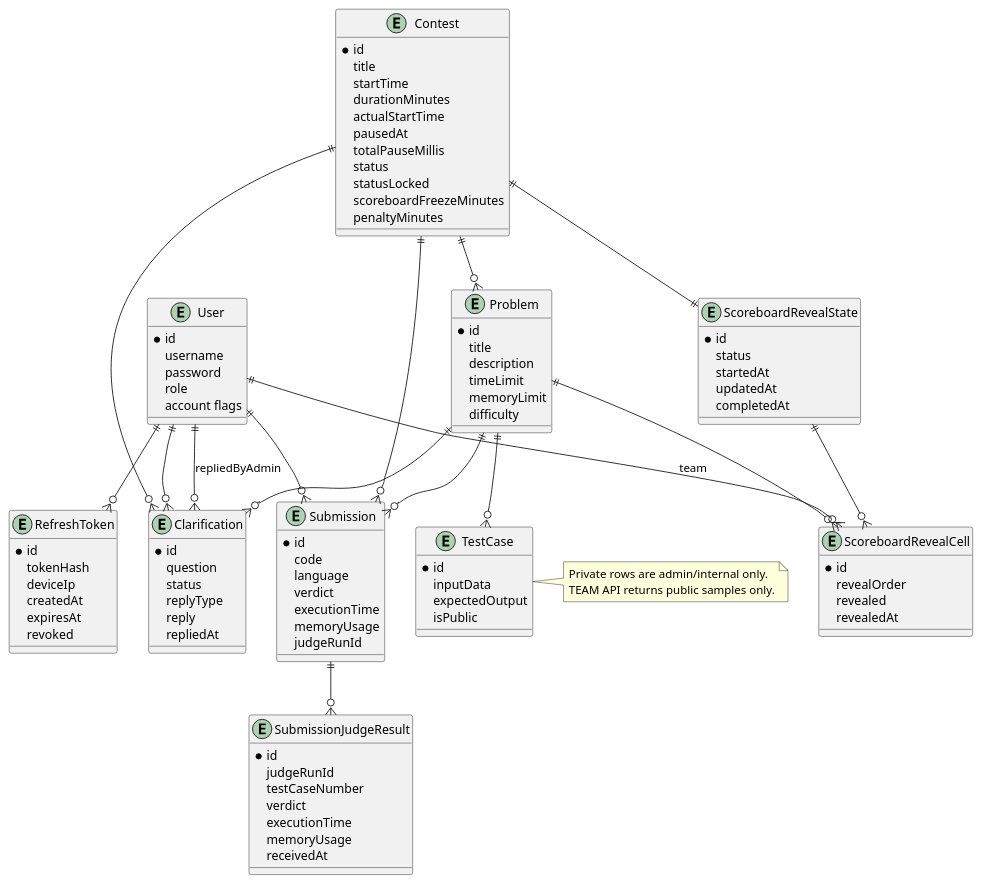
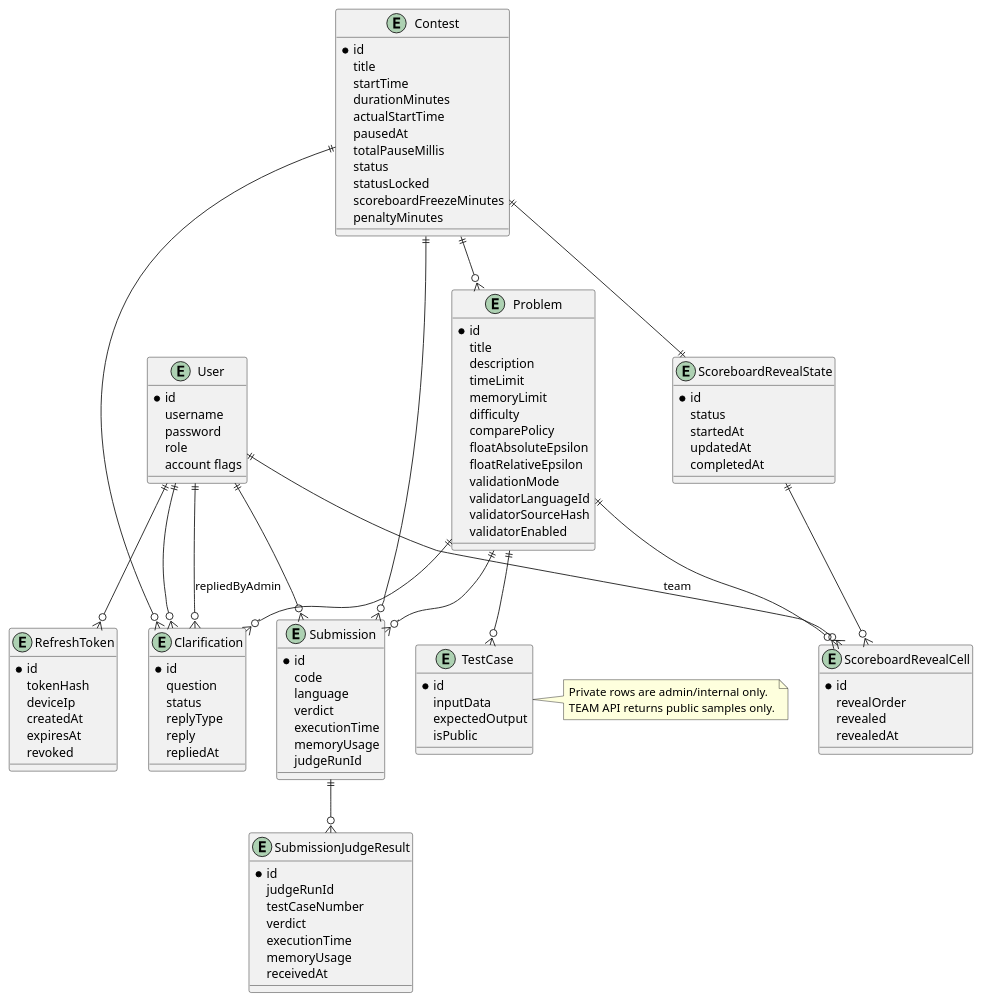
One commit to AuraC-graduate-project/AuraC2 changed diagram 15 of 17 in docs/report-rebuild/diagram-prompts.md. Above: the diagram before and after it, drawn with PlantUML. The commit also changed other lines of this file and 37 other files, not shown here.

```diff
--- a/docs/report-rebuild/diagram-prompts.md
+++ b/docs/report-rebuild/diagram-prompts.md
@@ -643,6 +676,13 @@
   timeLimit
   memoryLimit
   difficulty
+  comparePolicy
+  floatAbsoluteEpsilon
+  floatRelativeEpsilon
+  validationMode
+  validatorLanguageId
+  validatorSourceHash
+  validatorEnabled
 }
 entity TestCase {
   * id
```
